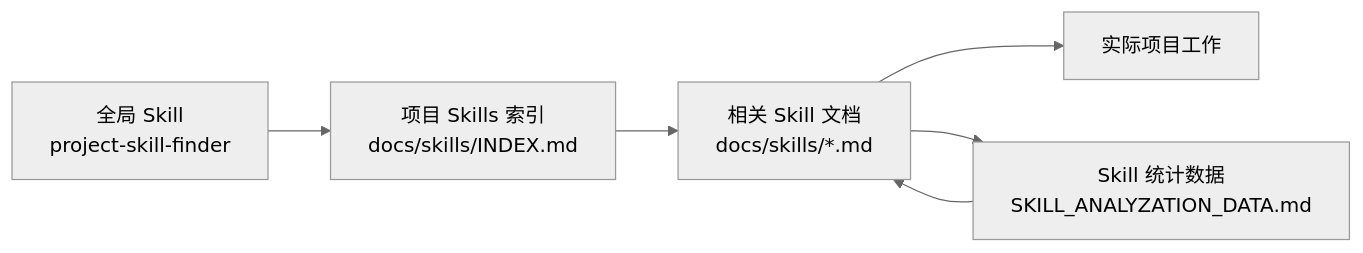
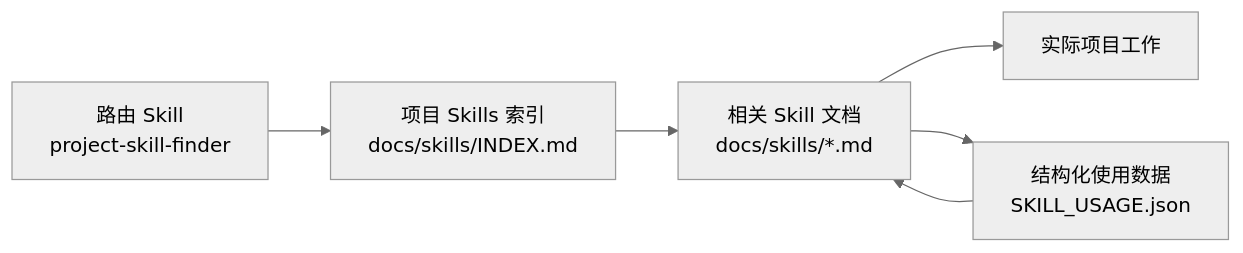
The diagram in project_skills_finder/README.zh-CN.md (ArvinRong/agent-skills), drawn with Mermaid (neutral theme) before and after one commit. The commit also changed other lines of this file and 59 other files, not shown here.

First line of the commit message:
重构 project_skills_finder 为多 Agent 发布结构 / Refactor project_skills_finder for multi-agent distribution

````diff
--- a/project_skills_finder/README.zh-CN.md
+++ b/project_skills_finder/README.zh-CN.md
@@ -25,8 +94,8 @@
 ```mermaid
 flowchart LR
-    A["全局 Skill<br/>project-skill-finder"] --> B["项目 Skills 索引<br/>docs/skills/INDEX.md"]
+    A["路由 Skill<br/>project-skill-finder"] --> B["项目 Skills 索引<br/>docs/skills/INDEX.md"]
     B --> C["相关 Skill 文档<br/>docs/skills/*.md"]
     C --> D["实际项目工作"]
-    C --> E["Skill 统计数据<br/>SKILL_ANALYZATION_DATA.md"]
+    C --> E["结构化使用数据<br/>SKILL_USAGE.json"]
     E --> C
 ```
````
